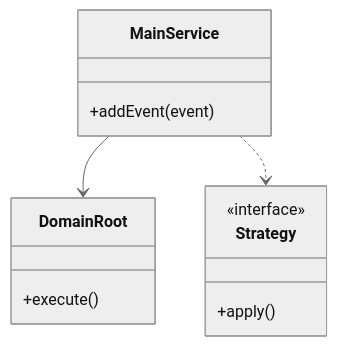
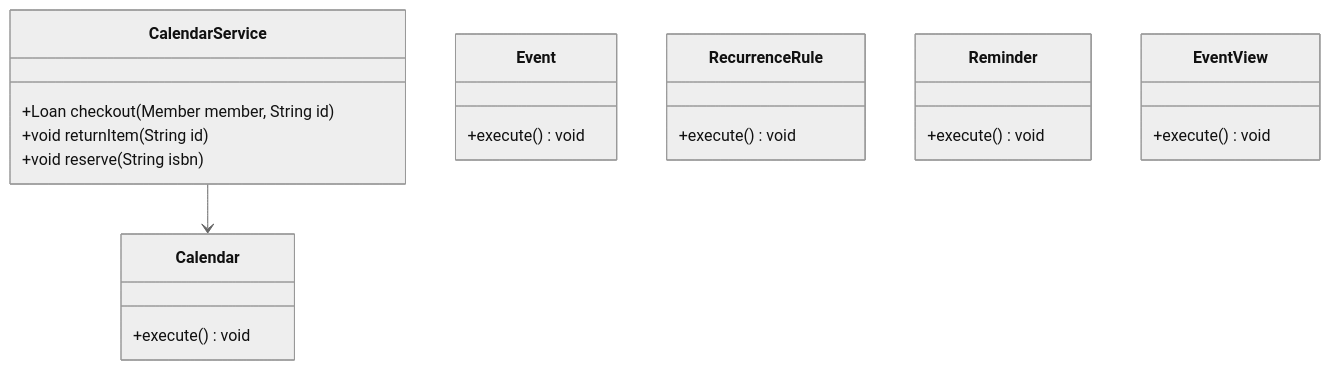
One commit to madhupaila/Interview-Prep-SSE changed the first of 3 diagrams in Learn/System Design - Low Level Design/02-classic-ood/questions/Q27-calendar.md. Above: the diagram before and after it, drawn with Mermaid (neutral theme). The commit also changed other lines of this file and 491 other files, not shown here.

````diff
--- a/Learn/System Design - Low Level Design/02-classic-ood/questions/Q27-calendar.md
+++ b/Learn/System Design - Low Level Design/02-classic-ood/questions/Q27-calendar.md
@@ -74,15 +92,24 @@
 ```mermaid
 classDiagram
-    class MainService {
-        +addEvent(event)
+    class CalendarService {
+        +Loan checkout(Member member, String id)
+        +void returnItem(String id)
+        +void reserve(String isbn)
     }
-    class DomainRoot {
-        +execute()
+    class Calendar {
+        +execute() void
     }
-    class Strategy {
-        <<interface>>
-        +apply()
+    class Event {
+        +execute() void
     }
-    MainService --> DomainRoot
-    MainService ..> Strategy
+    class RecurrenceRule {
+        +execute() void
+    }
+    class Reminder {
+        +execute() void
+    }
+    class EventView {
+        +execute() void
+    }
+    CalendarService --> Calendar
 ```
````
